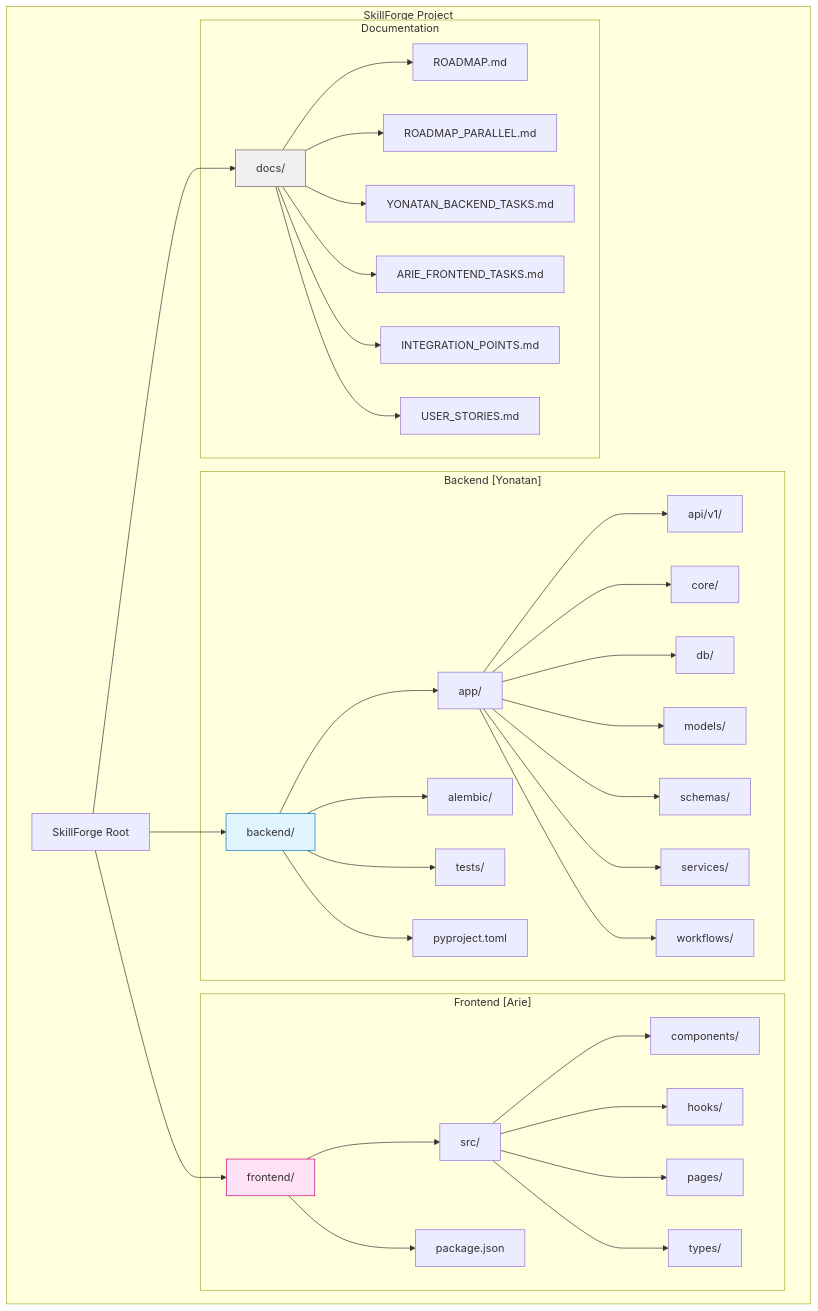
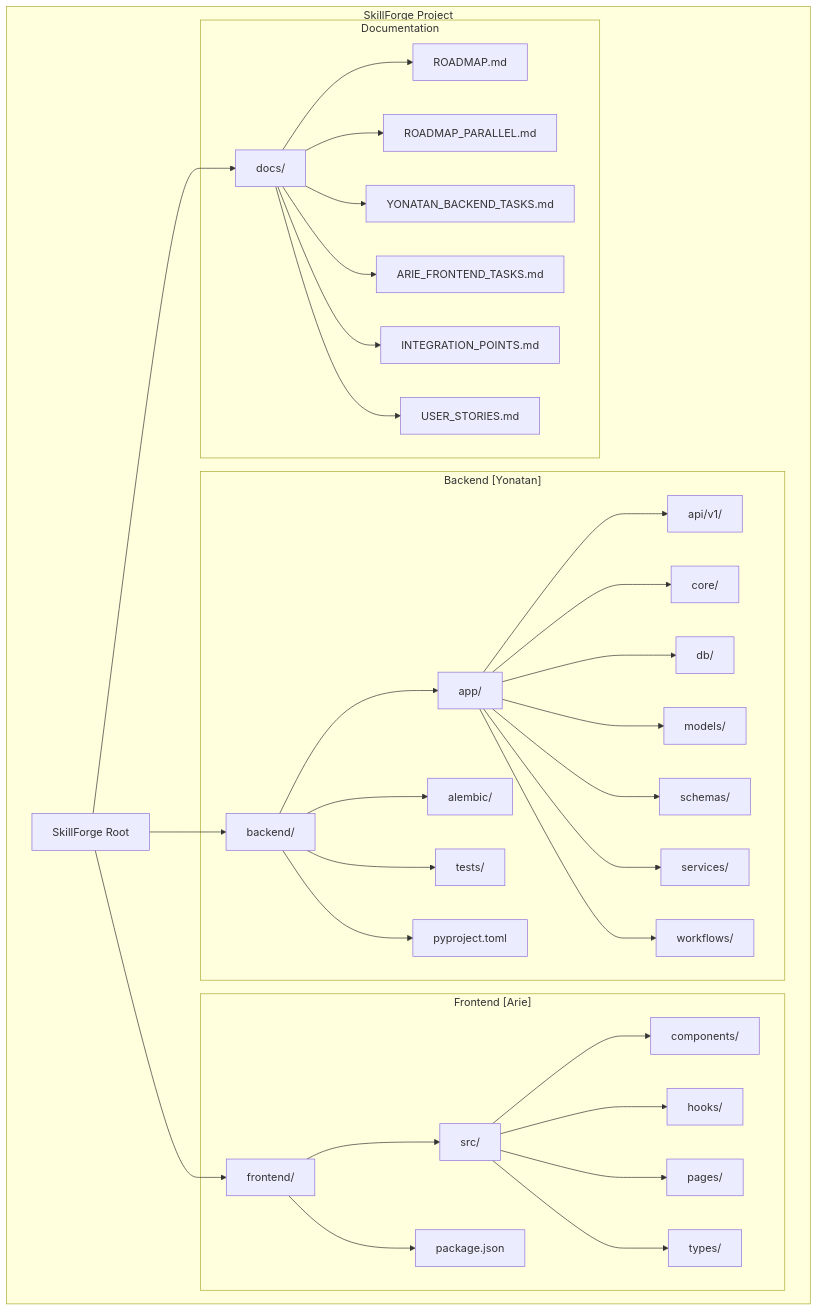
The first of 11 diagrams in docs/ARCHITECTURE.md (ArieGoldkin/SkillForge), drawn with Mermaid before and after one commit. The commit also changed other lines of this file and 31 other files, not shown here.

First line of the commit message:
docs: refresh docs + diagrams, align ports/versions

````diff
--- a/docs/ARCHITECTURE.md
+++ b/docs/ARCHITECTURE.md
@@ -51,75 +51,72 @@
 ```mermaid
 graph TB
     subgraph "SkillForge Project"
         Root[SkillForge Root]
         
         subgraph "Backend [Yonatan]"
             Backend[backend/]
             BackendApp[app/]
             BackendAPI[api/v1/]
             BackendCore[core/]
             BackendDB[db/]
             BackendModels[models/]
             BackendSchemas[schemas/]
             BackendServices[services/]
             BackendWorkflows[workflows/]
             BackendAlembic[alembic/]
             BackendTests[tests/]
             BackendPyProject[pyproject.toml]
             
             Backend --> BackendApp
             BackendApp --> BackendAPI
             BackendApp --> BackendCore
             BackendApp --> BackendDB
             BackendApp --> BackendModels
             BackendApp --> BackendSchemas
             BackendApp --> BackendServices
             BackendApp --> BackendWorkflows
             Backend --> BackendAlembic
             Backend --> BackendTests
             Backend --> BackendPyProject
         end
         
         subgraph "Frontend [Arie]"
             Frontend[frontend/]
             FrontendSrc[src/]
             FrontendComponents[components/]
             FrontendHooks[hooks/]
             FrontendPages[pages/]
             FrontendTypes[types/]
             FrontendPackage[package.json]
             
             Frontend --> FrontendSrc
             FrontendSrc --> FrontendComponents
             FrontendSrc --> FrontendHooks
             FrontendSrc --> FrontendPages
             FrontendSrc --> FrontendTypes
             Frontend --> FrontendPackage
         end
         
         subgraph "Documentation"
             Docs[docs/]
             DocsRoadmap[ROADMAP.md]
             DocsParallel[ROADMAP_PARALLEL.md]
             DocsBackend[YONATAN_BACKEND_TASKS.md]
             DocsFrontend[ARIE_FRONTEND_TASKS.md]
             DocsIntegration[INTEGRATION_POINTS.md]
             DocsStories[USER_STORIES.md]
             
             Docs --> DocsRoadmap
             Docs --> DocsParallel
             Docs --> DocsBackend
             Docs --> DocsFrontend
             Docs --> DocsIntegration
             Docs --> DocsStories
         end
         
         Root --> Backend
         Root --> Frontend
         Root --> Docs
     end
     
-    style Backend fill:#e1f5ff,stroke:#0077cc
-    style Frontend fill:#ffe1f5,stroke:#cc0077
-    style Docs fill:#f0f0f0,stroke:#666
 ```
````
